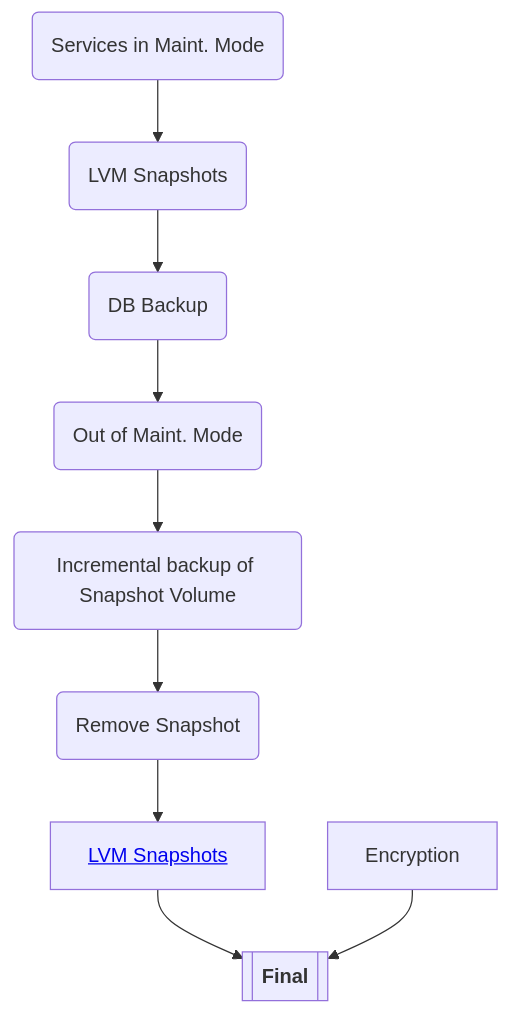
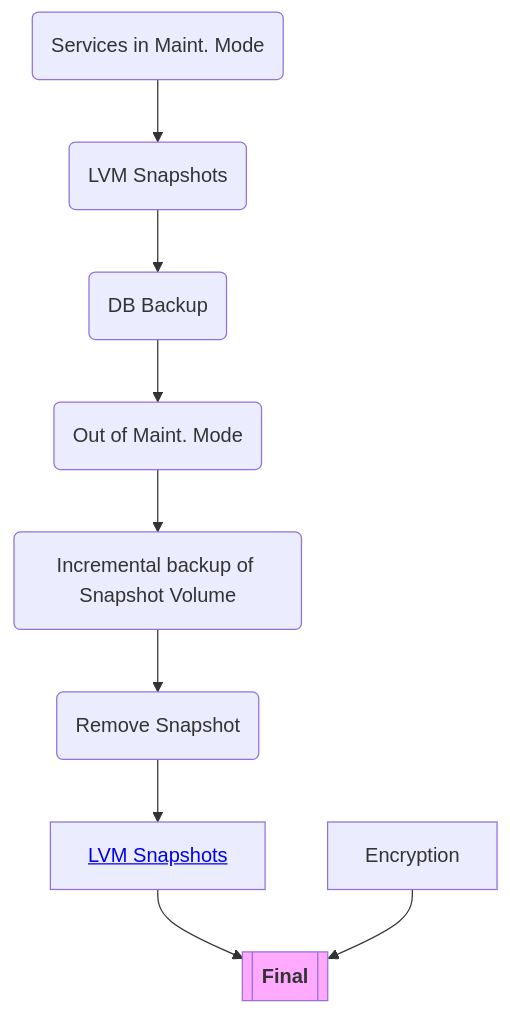
The sixth of 6 diagrams in notes/plan.md (clintwebb/bakker), drawn with Mermaid before and after one commit. The commit also changed other lines of this file, not shown here.

````diff
--- a/notes/plan.md
+++ b/notes/plan.md
@@ -92,20 +112,20 @@
 ```mermaid
 flowchart TD;
     %% To mark an item as completed (green)
     %% style EXAMPLE fill:#afa
 
     %% To provide a link
     %% A[<a href='https://google.com'>works</a>]
 
     FUNC_MAINT(Services in Maint. Mode) -->
     FUNC_LVM_SNAP(LVM Snapshots) -->
     FUNC_DB_BAK(DB Backup) -->
     FUNC_UNMAINT(Out of Maint. Mode) -->
     FUNC_LVM_BAK(Incremental backup of Snapshot Volume) -->
     FUNC_UN_SNAP(Remove Snapshot) -->
-    FEAT_LVM_SNAP[<a href='https://github.com/clintwebb/bakker/blob/main/notes/lvm_snapshots.md'>LVM Snapshots</a>] --> TARG_FINAL
+    FEAT_LVM_SNAP[<a href='https://github.com/clintwebb/bakker/blob/main/notes/lvm_snapshots.md'>LVM Snapshots</a>] --> TARGET
 
-    FEAT_ENCRYPT[Encryption] --> TARG_FINAL
-    TARG_FINAL[["`**Final**`"]]
-    
+    FEAT_ENCRYPT[Encryption] --> TARGET
+    TARGET[["`**Final**`"]]
+    style TARGET fill:#faf
 ```
````
